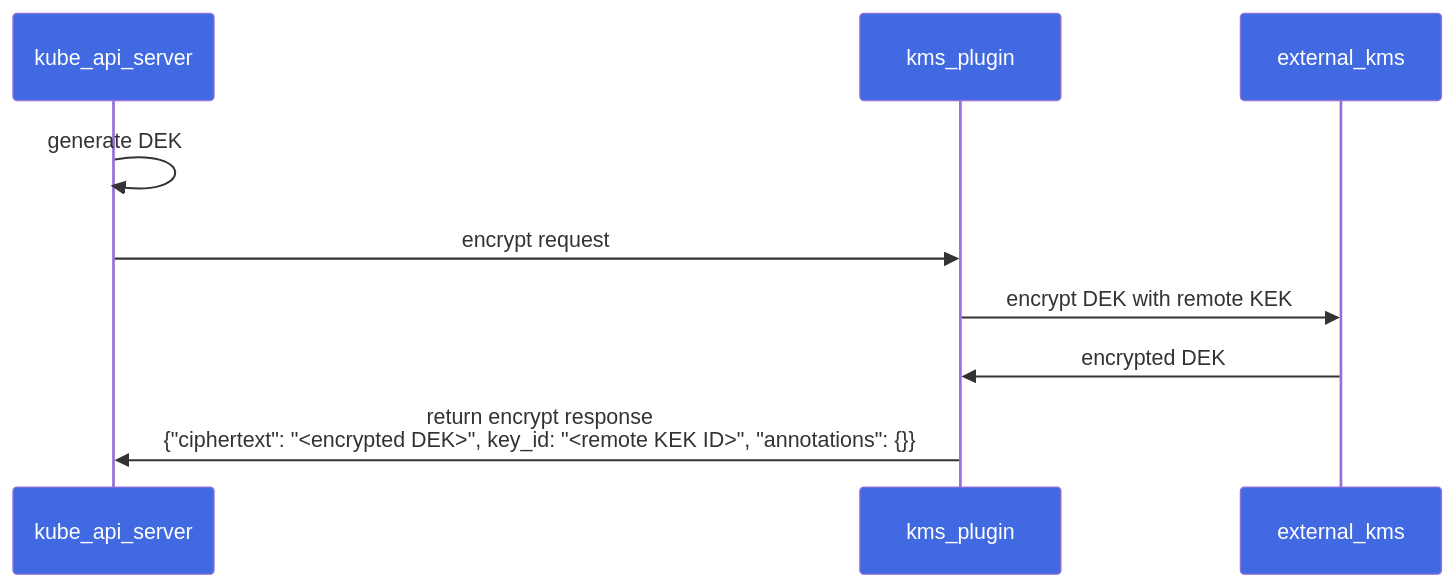
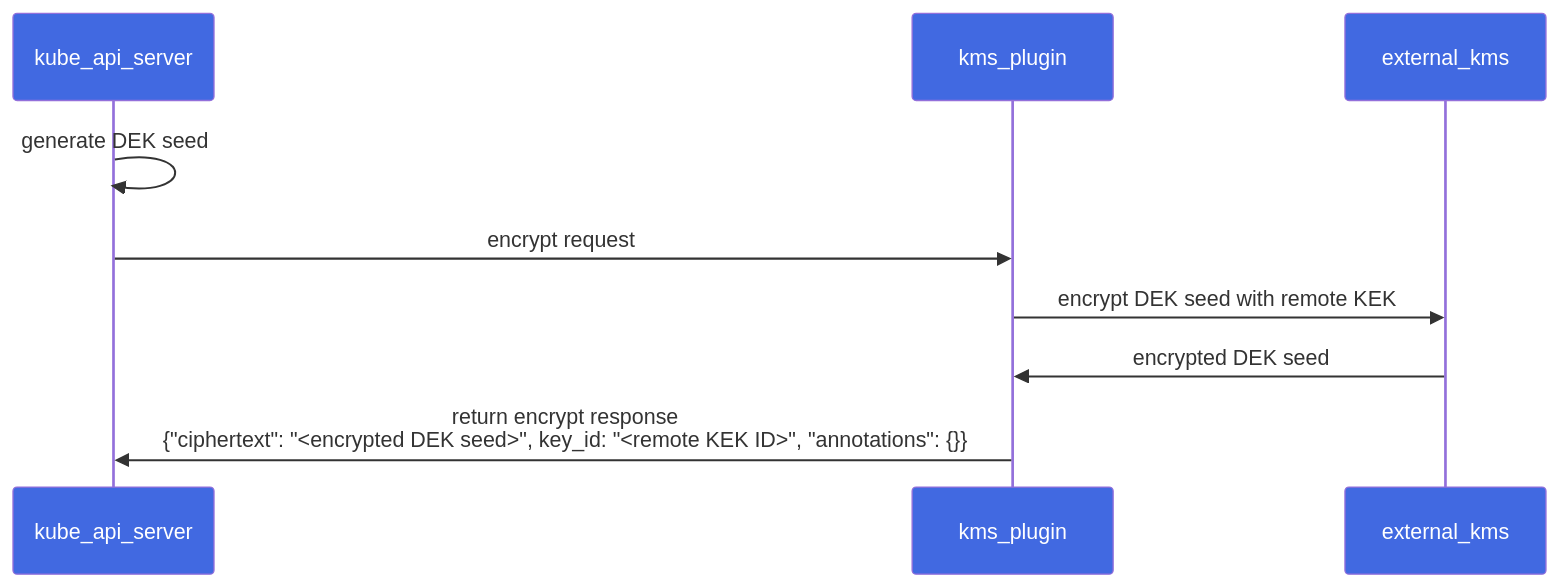
One commit to kubernetes/enhancements changed the fourth of 6 diagrams in keps/sig-auth/3299-kms-v2-improvements/README.md. Above: the diagram before and after it, drawn with Mermaid. The commit also changed other lines of this file, not shown here.

````diff
--- a/keps/sig-auth/3299-kms-v2-improvements/README.md
+++ b/keps/sig-auth/3299-kms-v2-improvements/README.md
@@ -330,17 +361,17 @@
 ```mermaid
 %%{init:{"sequence": {"mirrorActors":true},
     "themeVariables": {
         "actorBkg":"royalblue",
         "actorTextColor":"white"
 }}}%%
 
 sequenceDiagram
     participant kube_api_server
     participant kms_plugin
     participant external_kms
-        kube_api_server->>kube_api_server: generate DEK
+        kube_api_server->>kube_api_server: generate DEK seed
         kube_api_server->>kms_plugin: encrypt request
-        kms_plugin->>external_kms: encrypt DEK with remote KEK
-        external_kms->>kms_plugin: encrypted DEK
-        kms_plugin->>kube_api_server: return encrypt response <br/> {"ciphertext": "<encrypted DEK>", key_id: "<remote KEK ID>", "annotations": {}}
+        kms_plugin->>external_kms: encrypt DEK seed with remote KEK
+        external_kms->>kms_plugin: encrypted DEK seed
+        kms_plugin->>kube_api_server: return encrypt response <br/> {"ciphertext": "<encrypted DEK seed>", key_id: "<remote KEK ID>", "annotations": {}}
 ```
````
